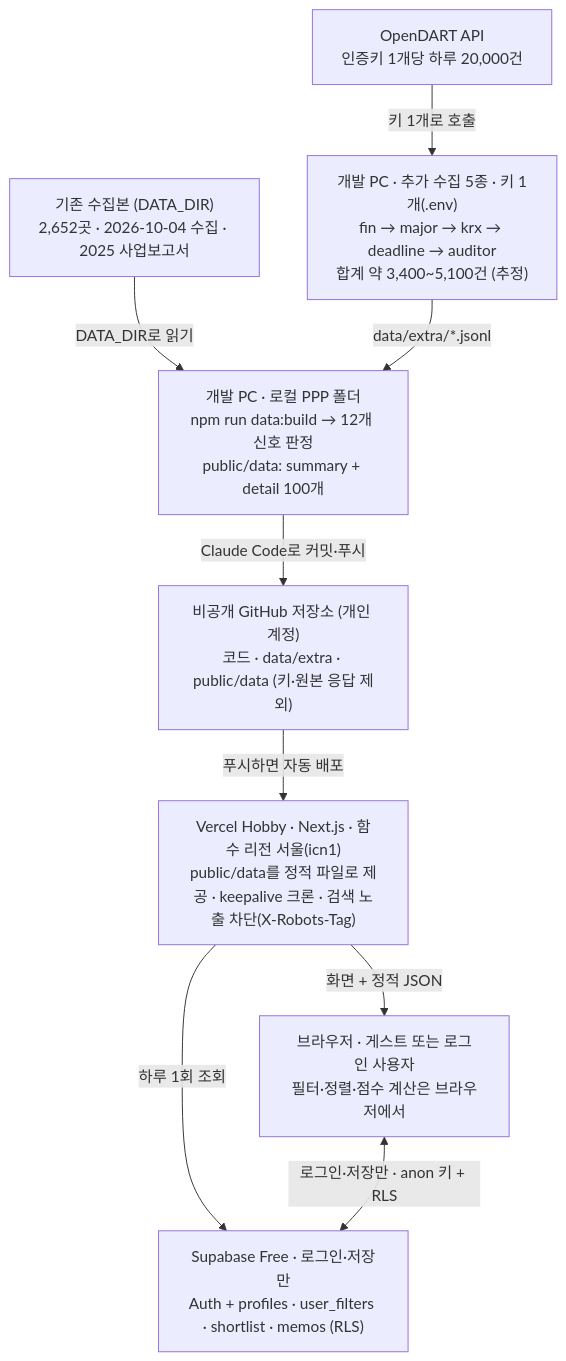
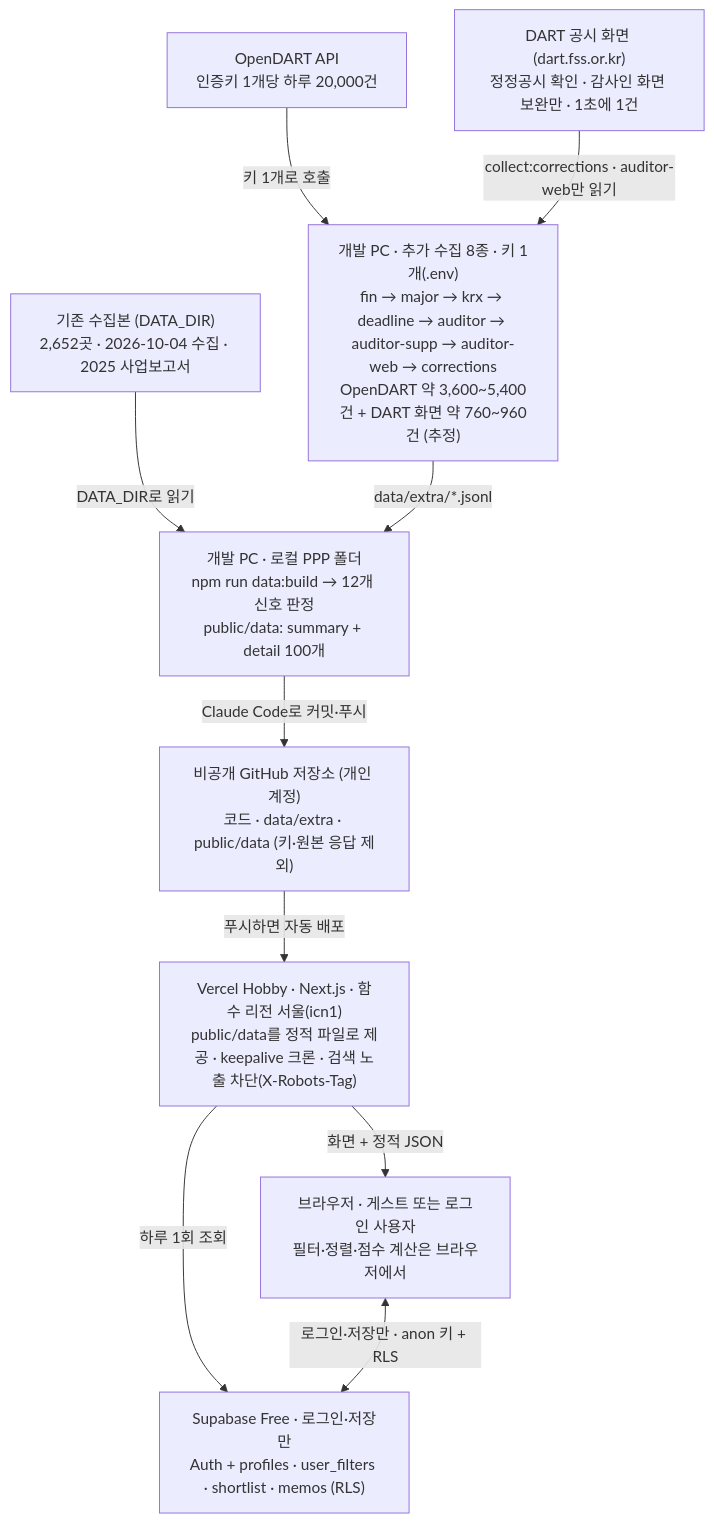
Before and after one commit to YTS-12/PPP-PWC-PA-PARTNER-: the diagram in docs/design.md, drawn with Mermaid. The commit also changed other lines of this file and 139 other files, not shown here.

First line of the commit message:
점검 결과 반영 3차: 정정공시 철회·감사인 보완·거래소 시장조치, 10/6 결정 A~F

````diff
--- a/docs/design.md
+++ b/docs/design.md
@@ -44,19 +44,21 @@
 ```mermaid
 flowchart TD
   base["기존 수집본 (DATA_DIR)<br/>2,652곳 · 2026-10-04 수집 · 2025 사업보고서"]
   dart["OpenDART API<br/>인증키 1개당 하루 20,000건"]
-  col["개발 PC · 추가 수집 5종 · 키 1개(.env)<br/>fin → major → krx → deadline → auditor<br/>합계 약 3,400~5,100건 (추정)"]
+  dweb["DART 공시 화면 (dart.fss.or.kr)<br/>정정공시 확인 · 감사인 화면 보완만 · 1초에 1건"]
+  col["개발 PC · 추가 수집 8종 · 키 1개(.env)<br/>fin → major → krx → deadline → auditor → auditor-supp → auditor-web → corrections<br/>OpenDART 약 3,600~5,400건 + DART 화면 약 760~960건 (추정)"]
   dev["개발 PC · 로컬 PPP 폴더<br/>npm run data:build → 12개 신호 판정<br/>public/data: summary + detail 100개"]
   gh["비공개 GitHub 저장소 (개인 계정)<br/>코드 · data/extra · public/data (키·원본 응답 제외)"]
   vc["Vercel Hobby · Next.js · 함수 리전 서울(icn1)<br/>public/data를 정적 파일로 제공 · keepalive 크론 · 검색 노출 차단(X-Robots-Tag)"]
   sb["Supabase Free · 로그인·저장만<br/>Auth + profiles · user_filters · shortlist · memos (RLS)"]
   br["브라우저 · 게스트 또는 로그인 사용자<br/>필터·정렬·점수 계산은 브라우저에서"]
   base -->|DATA_DIR로 읽기| dev
   dart -->|키 1개로 호출| col
+  dweb -->|collect:corrections · auditor-web만 읽기| col
   col -->|data/extra/*.jsonl| dev
   dev -->|Claude Code로 커밋·푸시| gh
   gh -->|푸시하면 자동 배포| vc
   vc -->|하루 1회 조회| sb
   vc -->|화면 + 정적 JSON| br
   br <-->|로그인·저장만 · anon 키 + RLS| sb
 ```
````
